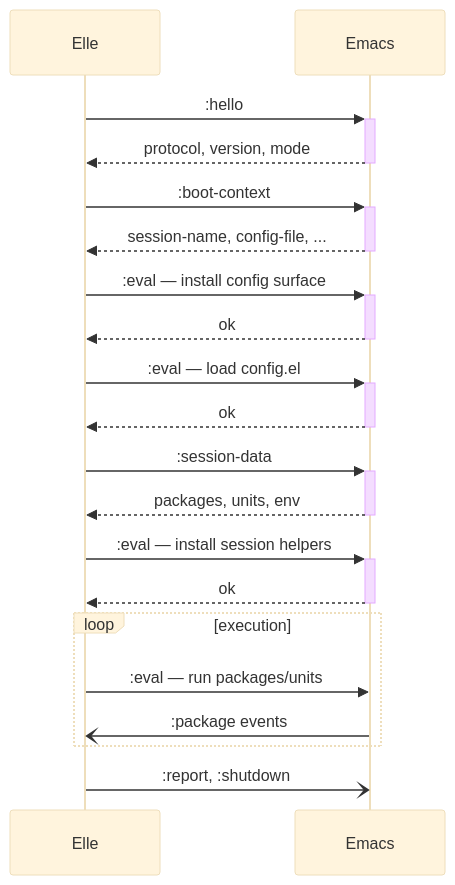
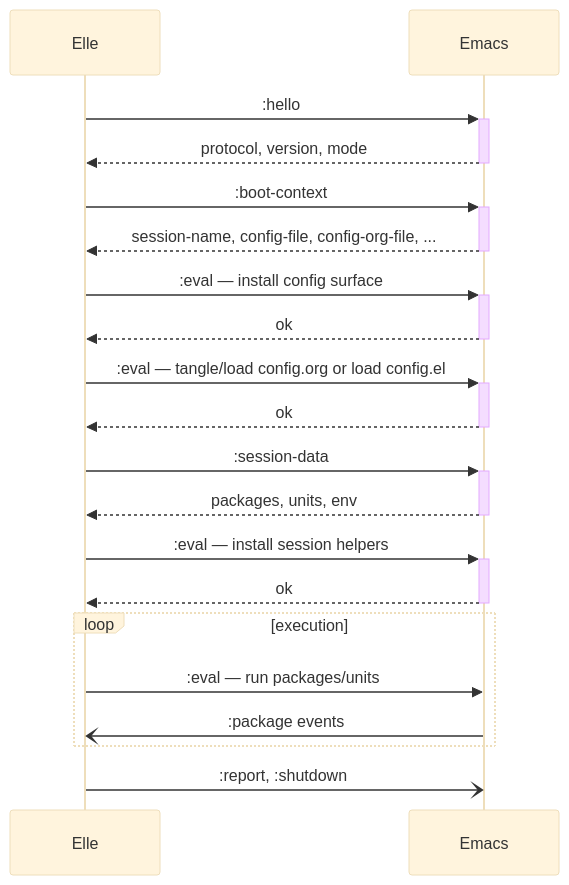
One commit to nohzafk/emacs-hypervisor changed the diagram in PROTOCOL.md. Above: the diagram before and after it, drawn with Mermaid (base theme). The commit also changed other lines of this file and 15 other files, not shown here.

Commit message:
support reading config.org file directly

````diff
--- a/PROTOCOL.md
+++ b/PROTOCOL.md
@@ -104,26 +104,26 @@
 ```mermaid
 sequenceDiagram
     participant Elle
     participant Emacs
 
     Elle->>+Emacs: :hello
     Emacs-->>-Elle: protocol, version, mode
 
     Elle->>+Emacs: :boot-context
-    Emacs-->>-Elle: session-name, config-file, ...
+    Emacs-->>-Elle: session-name, config-file, config-org-file, ...
 
     Elle->>+Emacs: :eval — install config surface
     Emacs-->>-Elle: ok
-    Elle->>+Emacs: :eval — load config.el
+    Elle->>+Emacs: :eval — tangle/load config.org or load config.el
     Emacs-->>-Elle: ok
     Elle->>+Emacs: :session-data
     Emacs-->>-Elle: packages, units, env
     Elle->>+Emacs: :eval — install session helpers
     Emacs-->>-Elle: ok
 
     loop execution
         Elle->>Emacs: :eval — run packages/units
         Emacs-)Elle: :package events
     end
     Elle-)Emacs: :report, :shutdown
 ```
````
